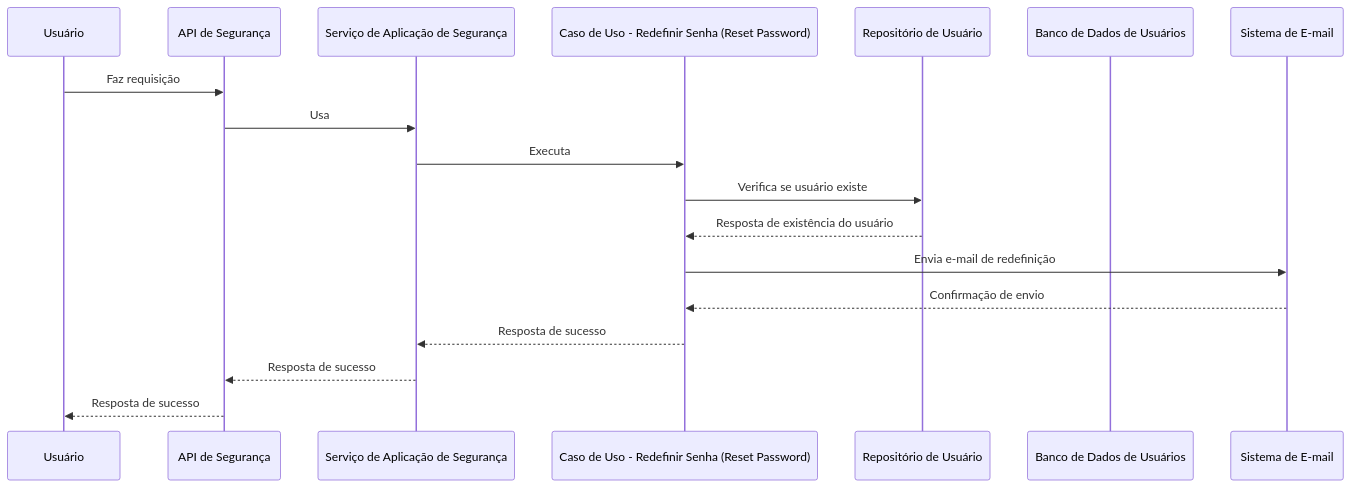
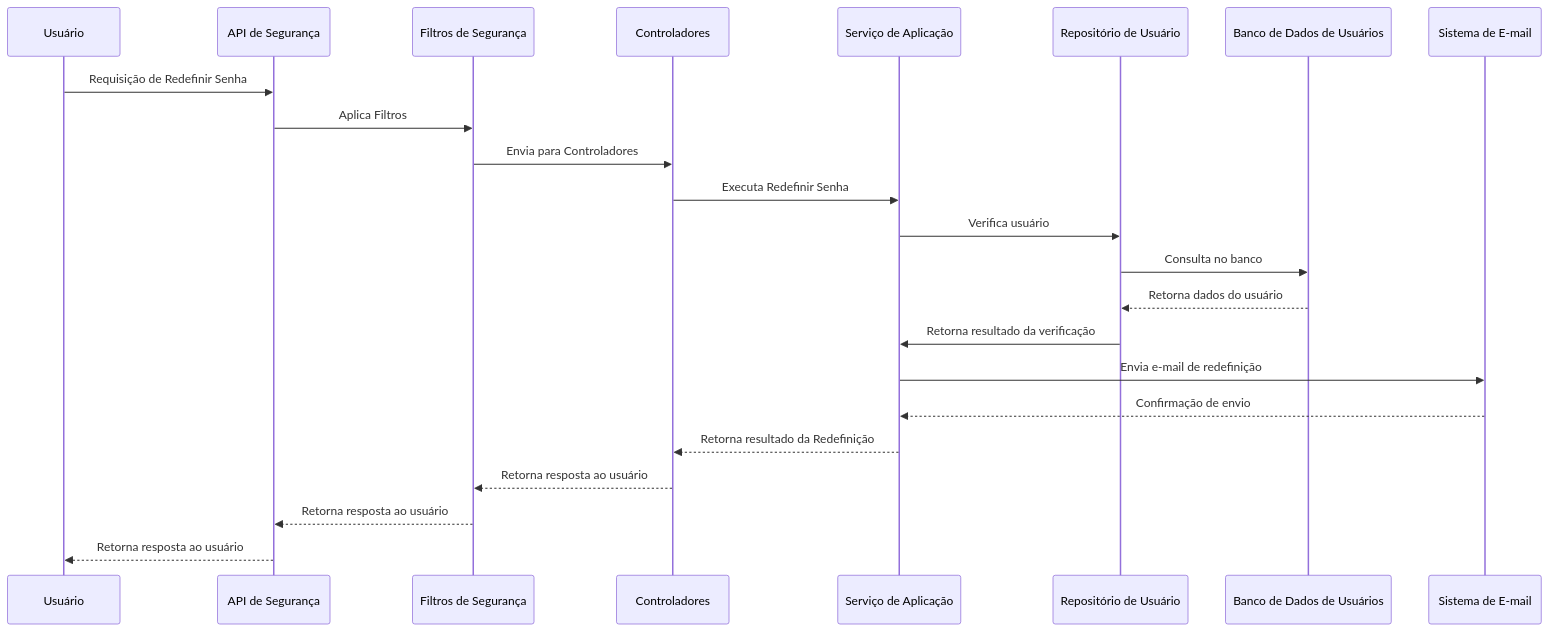
Before and after one commit to Open-3A/3A-c4-model: the third of 3 diagrams in c3-components/back-end/security-module/README.md, drawn with Mermaid. The commit also changed other lines of this file and 1 other file, not shown here.

Commit message:
feat(back-end): add filter chain layer security module

````diff
--- a/c3-components/back-end/security-module/README.md
+++ b/c3-components/back-end/security-module/README.md
@@ -57,21 +63,26 @@
 ```mermaid
 sequenceDiagram
-    participant user as Usuário
-    participant security_api as API de Segurança
-    participant security_service as Serviço de Aplicação de Segurança
-    participant reset_pwd_use_case as Caso de Uso - Redefinir Senha (Reset Password)
-    participant user_repository as Repositório de Usuário
-    participant user_db as Banco de Dados de Usuários
-    participant mail as Sistema de E-mail
+    participant User as Usuário
+    participant SecurityAPI as API de Segurança
+    participant SecurityFilters as Filtros de Segurança
+    participant SecurityControllers as Controladores
+    participant SecurityService as Serviço de Aplicação
+    participant UserRepository as Repositório de Usuário
+    participant UserDB as Banco de Dados de Usuários
+    participant MailSystem as Sistema de E-mail
 
-    user->>security_api: Faz requisição
-    security_api->>security_service: Usa
-    security_service->>reset_pwd_use_case: Executa
-    reset_pwd_use_case->>user_repository: Verifica se usuário existe
-    user_repository-->>reset_pwd_use_case: Resposta de existência do usuário
-    reset_pwd_use_case->>mail: Envia e-mail de redefinição
-    mail-->>reset_pwd_use_case: Confirmação de envio
-    reset_pwd_use_case-->>security_service: Resposta de sucesso
-    security_service-->>security_api: Resposta de sucesso
-    security_api-->>user: Resposta de sucesso
+    User->>SecurityAPI: Requisição de Redefinir Senha
+    SecurityAPI->>SecurityFilters: Aplica Filtros
+    SecurityFilters->>SecurityControllers: Envia para Controladores
+    SecurityControllers->>SecurityService: Executa Redefinir Senha
+    SecurityService->>UserRepository: Verifica usuário
+    UserRepository->>UserDB: Consulta no banco
+    UserDB-->>UserRepository: Retorna dados do usuário
+    UserRepository->>SecurityService: Retorna resultado da verificação
+    SecurityService->>MailSystem: Envia e-mail de redefinição
+    MailSystem-->>SecurityService: Confirmação de envio
+    SecurityService-->>SecurityControllers: Retorna resultado da Redefinição
+    SecurityControllers-->>SecurityFilters: Retorna resposta ao usuário
+    SecurityFilters-->>SecurityAPI: Retorna resposta ao usuário
+    SecurityAPI-->>User: Retorna resposta ao usuário
 ```
````
